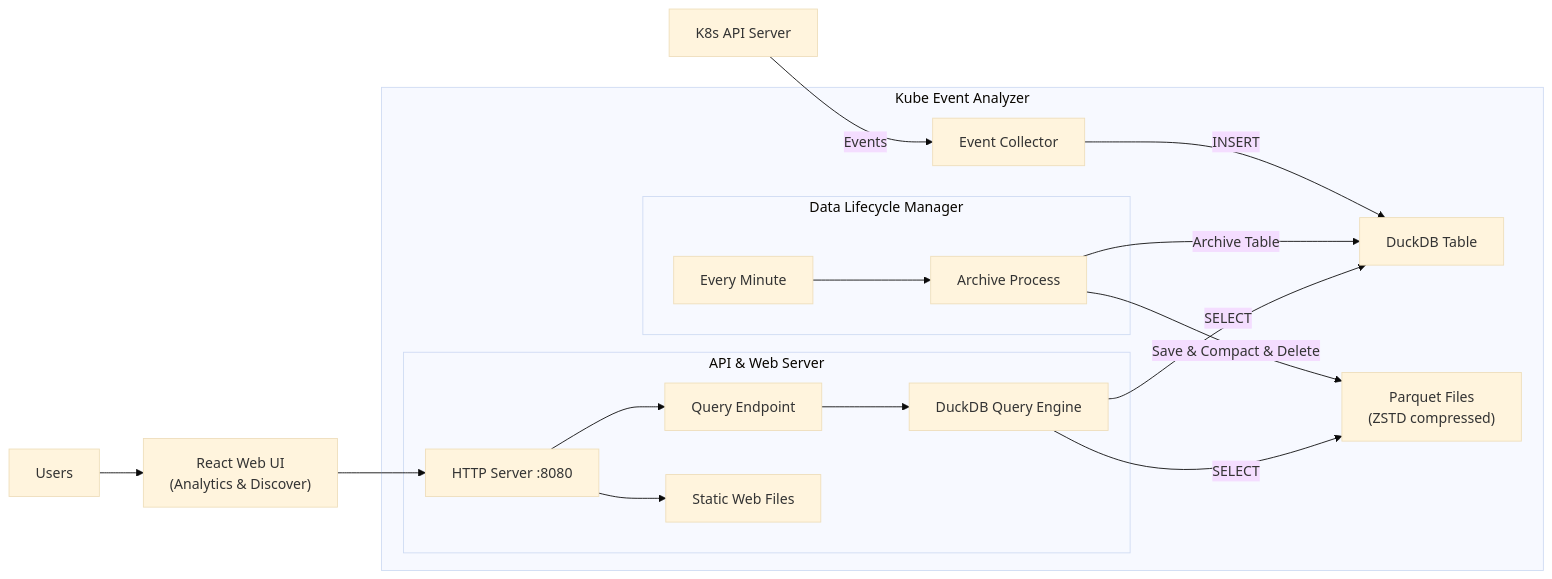
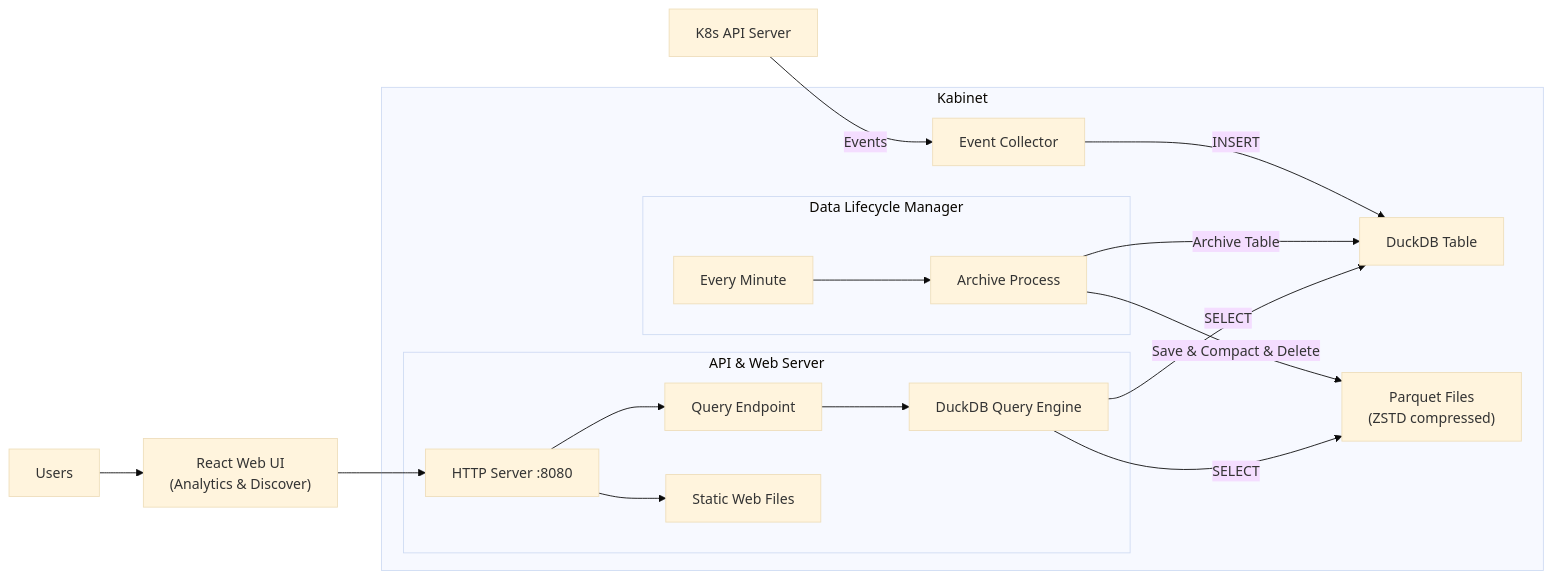
Before and after one commit to iwanhae/kabinet: the diagram in README.md, drawn with Mermaid (base theme). The commit also changed other lines of this file and 12 other files, not shown here.

````diff
--- a/README.md
+++ b/README.md
@@ -49,24 +49,24 @@
 ```mermaid
 graph LR
     A["K8s API Server"] -- "Events" --> B["Event Collector"]
 
-    subgraph "Kube Event Analyzer"
+    subgraph "Kabinet"
         subgraph "API & Web Server"
             H["HTTP Server :8080"] --> I["Query Endpoint"]
             H --> J["Static Web Files"]
             I --> K["DuckDB Query Engine"]
         end
 
         subgraph "Data Lifecycle Manager"
             D["Every Minute"] --> E["Archive Process"]
         end
 				B --"INSERT"--> C["DuckDB Table"]
 				E --"Archive Table"--> C
         E --"Save & Compact & Delete"--> F["Parquet Files<br/>(ZSTD compressed)"]
         K --"SELECT"--> C
         K --"SELECT"--> F
     end
 
     L["Users"] --> M["React Web UI<br/>(Analytics & Discover)"]
     M --> H
 ```
````
